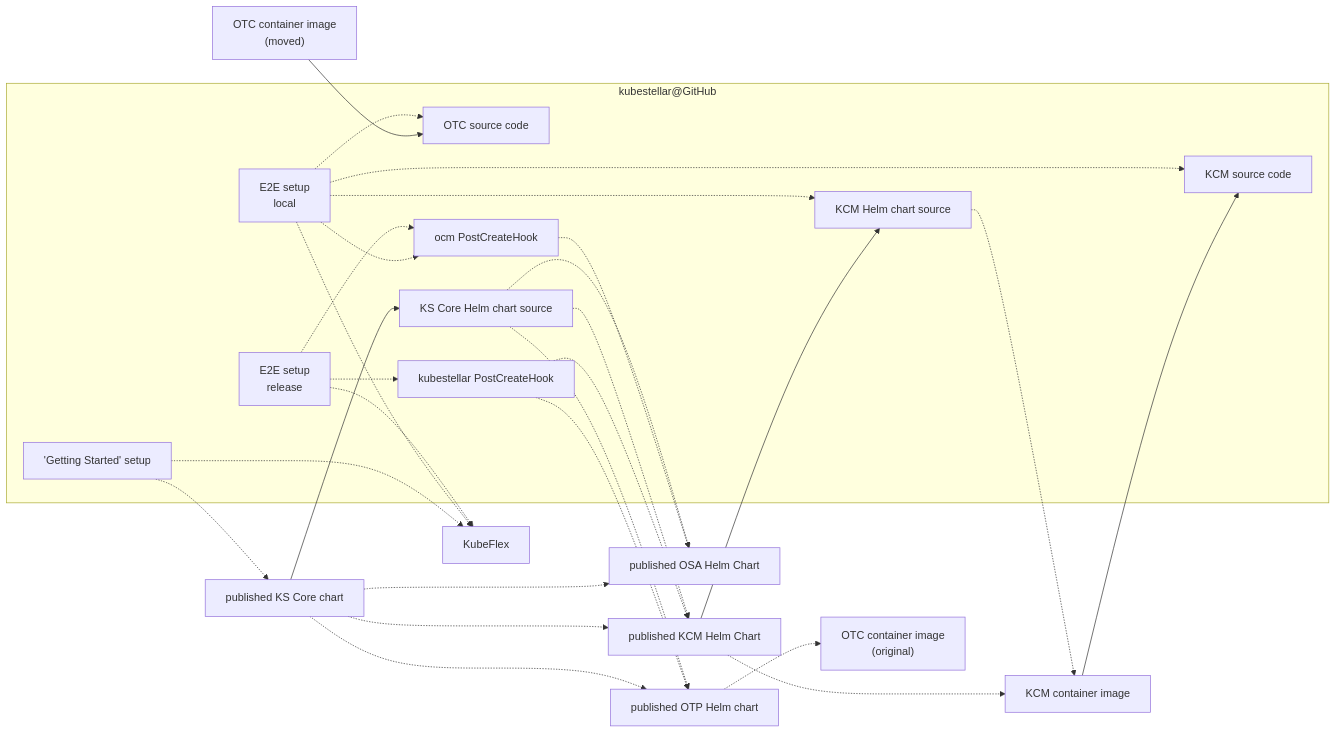
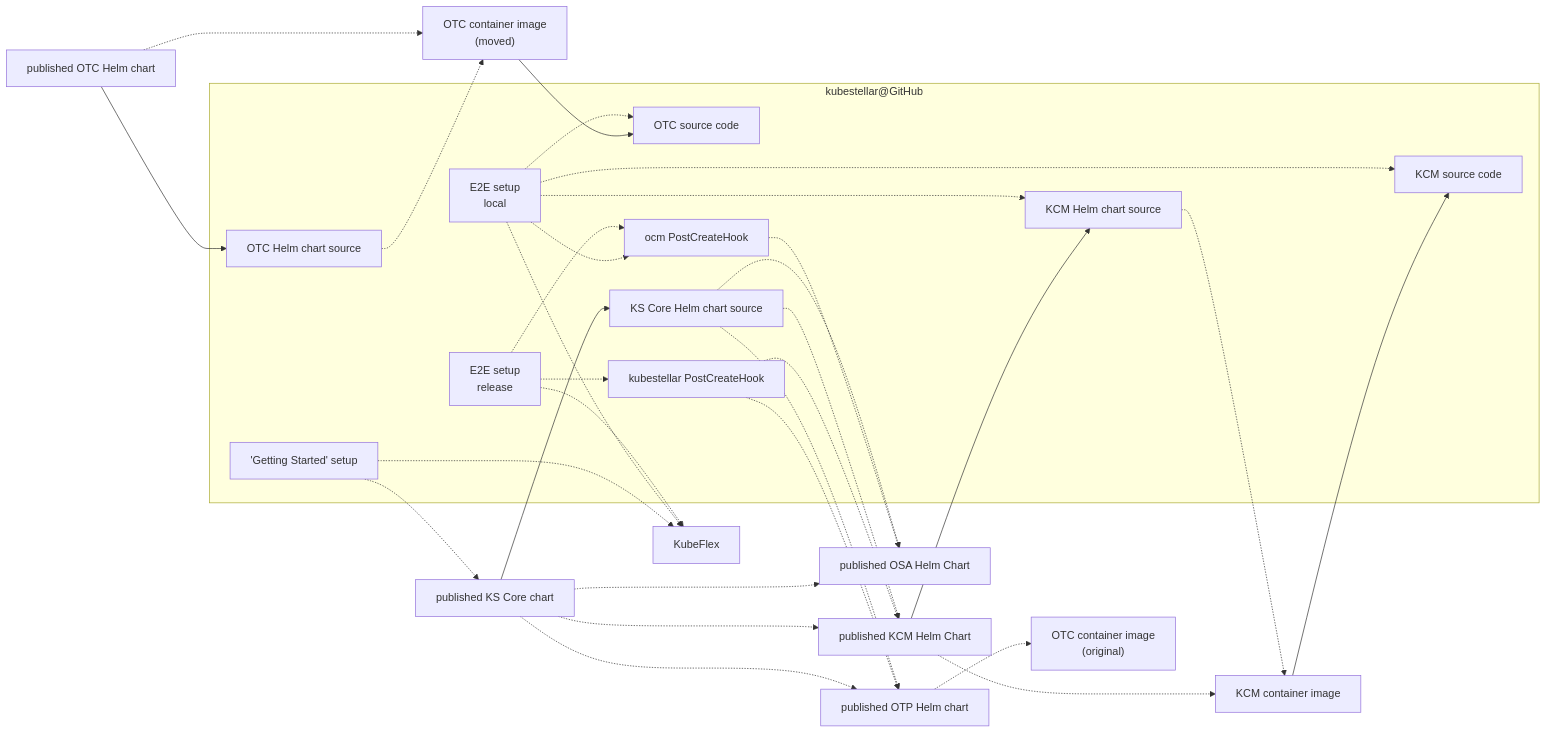
The third of 5 diagrams in docs/content/direct/packaging.md (kubestellar/kubestellar), drawn with Mermaid before and after one commit. The commit also changed other lines of this file and 5 other files, not shown here.

Commit message:
Move transport controller Helm chart to ks/ks repo

````diff
--- a/docs/content/direct/packaging.md
+++ b/docs/content/direct/packaging.md
@@ -94,42 +96,47 @@
 ```mermaid
 flowchart LR
     osa_hc_repo[published OSA Helm Chart]
     subgraph ks_repo["kubestellar@GitHub"]
     kcm_code[KCM source code]
     otc_code[OTC source code]
     kcm_hc_src[KCM Helm chart source]
+    otc_hc_src[OTC Helm chart source]
     ksc_hc_src[KS Core Helm chart source]
     ks_pch[kubestellar PostCreateHook]
     ocm_pch["ocm PostCreateHook"]
     setup_ksc["'Getting Started' setup"]
     e2e_local["E2E setup<br>local"]
     e2e_release["E2E setup<br>release"]
     end
     ocm_pch -.-> osa_hc_repo
     kcm_ctr_image[KCM container image] --> kcm_code
     kcm_hc_repo[published KCM Helm Chart] --> kcm_hc_src
     kcm_hc_src -.-> kcm_ctr_image
     kcm_hc_repo -.-> kcm_ctr_image
     ks_pch -.-> kcm_hc_repo
     ks_pch -.-> otp_hc_repo[published OTP Helm chart]
     otc_ctr_image["OTC container image<br>(moved)"]
     otc_ctr_image --> otc_code
+    otc_hc_src -.-> otc_ctr_image
     otp_hc_repo -.-> otc_ctr_image_ur["OTC container image<br>(original)"]
+    otc_hc_repo[published OTC Helm chart]
+    otc_hc_repo --> otc_hc_src
+    otc_hc_repo -.-> otc_ctr_image
     ksc_hc_repo[published KS Core chart] --> ksc_hc_src
     ksc_hc_src -.-> osa_hc_repo
     ksc_hc_src -.-> otp_hc_repo
     ksc_hc_src -.-> kcm_hc_repo
     ksc_hc_repo -.-> osa_hc_repo
     ksc_hc_repo -.-> otp_hc_repo
     ksc_hc_repo -.-> kcm_hc_repo
     setup_ksc -.-> ksc_hc_repo
     setup_ksc -.-> KubeFlex
     e2e_local -.-> ocm_pch
     e2e_local -.-> kcm_code
     e2e_local -.-> kcm_hc_src
     e2e_local -.-> otc_code
     e2e_local -.-> KubeFlex
     e2e_release -.-> ocm_pch
     e2e_release -.-> ks_pch
     e2e_release -.-> KubeFlex
 ```
````
